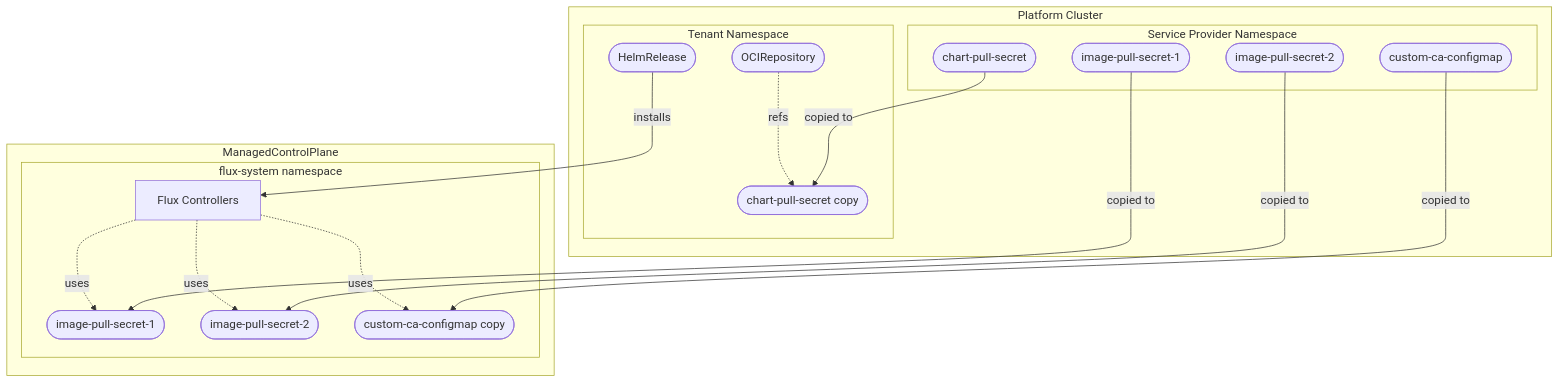
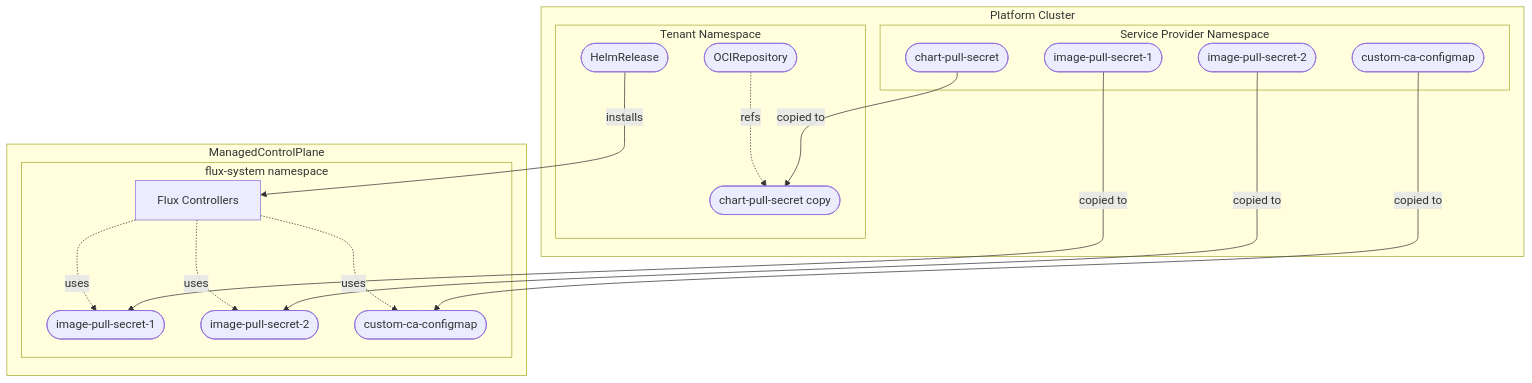
The diagram in docs/configuration/image-localization.md (openmcp-project/service-provider-flux), drawn with Mermaid before and after one commit. The commit also changed other lines of this file and 1 other file, not shown here.

````diff
--- a/docs/configuration/image-localization.md
+++ b/docs/configuration/image-localization.md
@@ -23,37 +23,37 @@
 ```mermaid
 flowchart TB
 
   subgraph PC[Platform Cluster]
     subgraph SPN[Service Provider Namespace]
       chartsecret([chart-pull-secret])
       caconfigmap([custom-ca-configmap])
       imgsecret1([image-pull-secret-1])
       imgsecret2([image-pull-secret-2])
     end
 
     subgraph TN[Tenant Namespace]
       chartsecretcopy([chart-pull-secret copy])
       ocirepo([OCIRepository])
       helmrel([HelmRelease])
       ocirepo -. refs .-> chartsecretcopy
     end
   end
 
   subgraph MCP[ManagedControlPlane]
     subgraph FS[flux-system namespace]
       imgcopy1([image-pull-secret-1])
       imgcopy2([image-pull-secret-2])
-      caconfigmapcopy([custom-ca-configmap copy])
+      caconfigmapcopy([custom-ca-configmap])
       fluxctrl[Flux Controllers]
       fluxctrl -. uses .-> imgcopy1
       fluxctrl -. uses .-> imgcopy2
       fluxctrl -. uses .-> caconfigmapcopy
     end
   end
 
   chartsecret -- copied to --> chartsecretcopy
   imgsecret1 -- copied to --> imgcopy1
   imgsecret2 -- copied to --> imgcopy2
   caconfigmap -- copied to --> caconfigmapcopy
   helmrel -- installs --> fluxctrl
 ```
````
